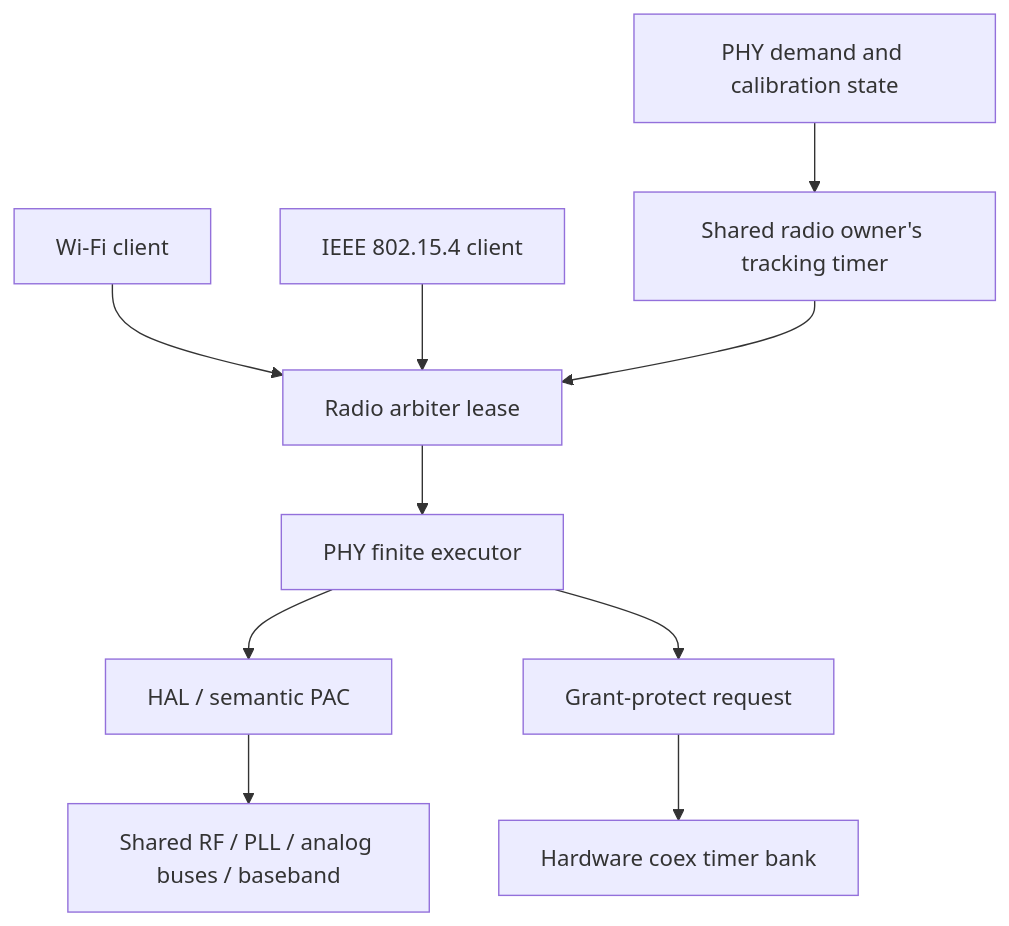
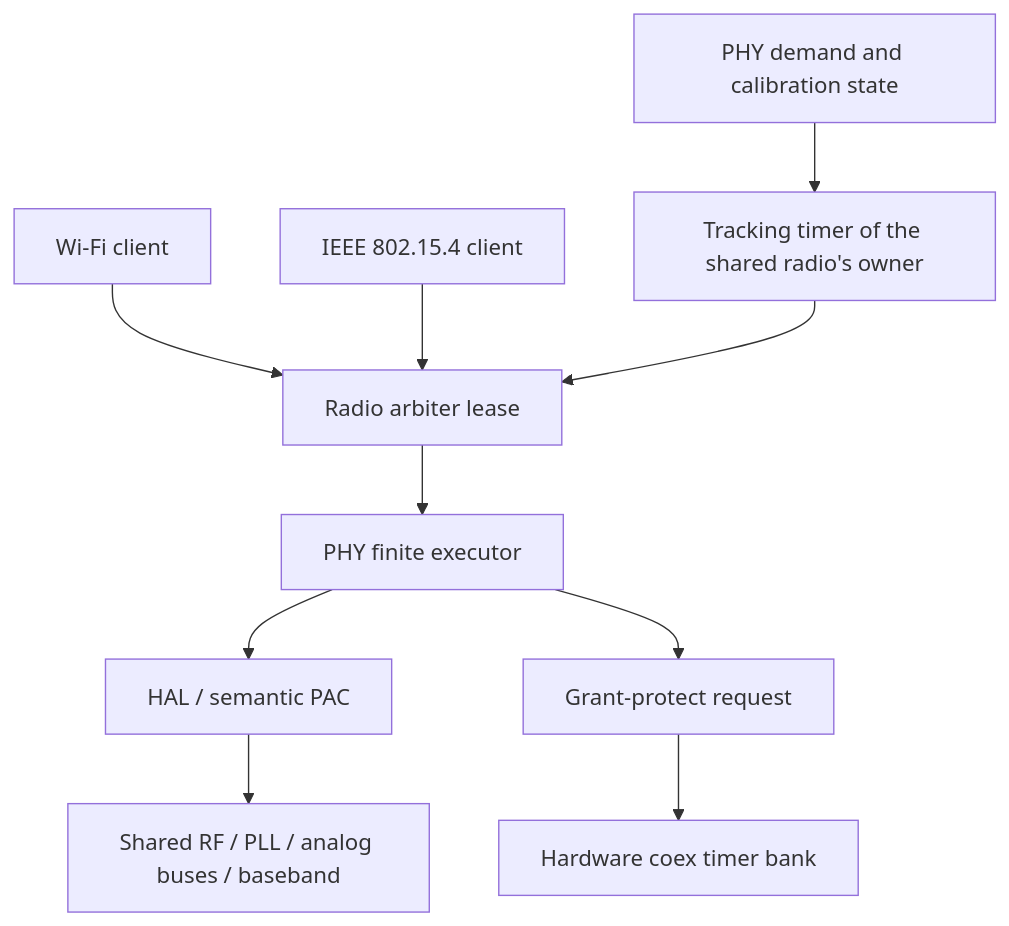
The second of 3 diagrams in crates/hardware/esp32s31/phy/README.md (ermacv/open-esp-radio-rs), drawn with Mermaid before and after one commit. The commit also changed 4 other files, not shown here.

````diff
--- a/crates/hardware/esp32s31/phy/README.md
+++ b/crates/hardware/esp32s31/phy/README.md
@@ -79,12 +79,12 @@
 ```mermaid
 flowchart TD
     W[Wi-Fi client] --> L[Radio arbiter lease]
     Z[IEEE 802.15.4 client] --> L
-    T[Shared radio owner's tracking timer] --> L
+    T[Tracking timer of the shared radio's owner] --> L
     P[PHY demand and calibration state] --> T
     L --> E[PHY finite executor]
     E --> H[HAL / semantic PAC]
     H --> RF[Shared RF / PLL / analog buses / baseband]
     E --> G[Grant-protect request]
     G --> C[Hardware coex timer bank]
 ```
````
